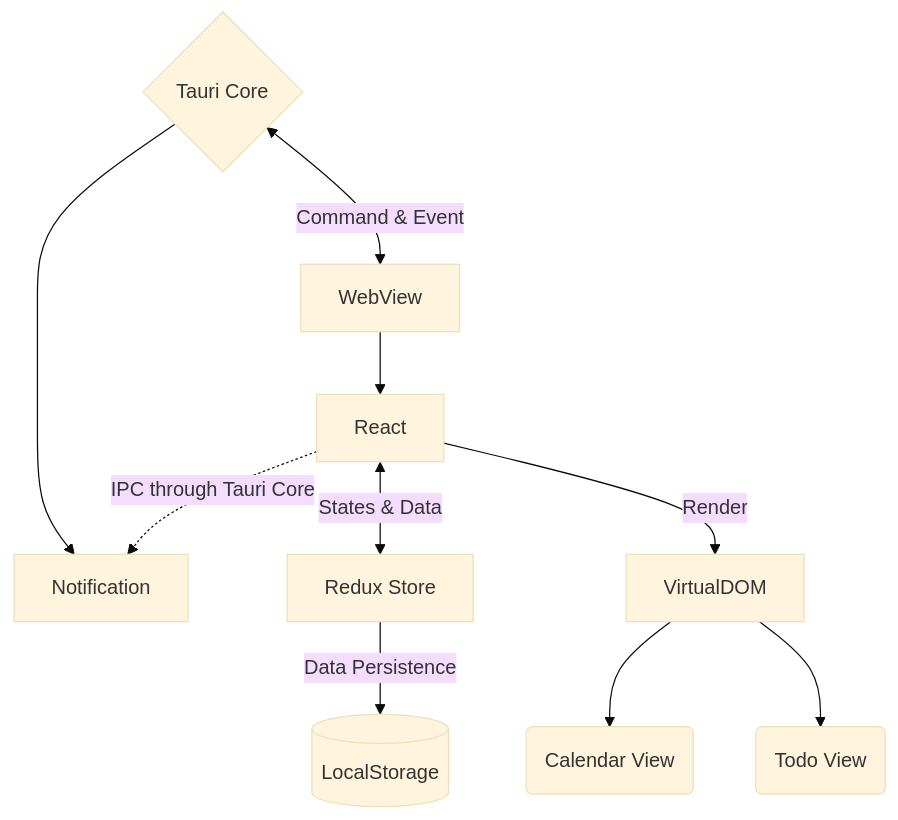
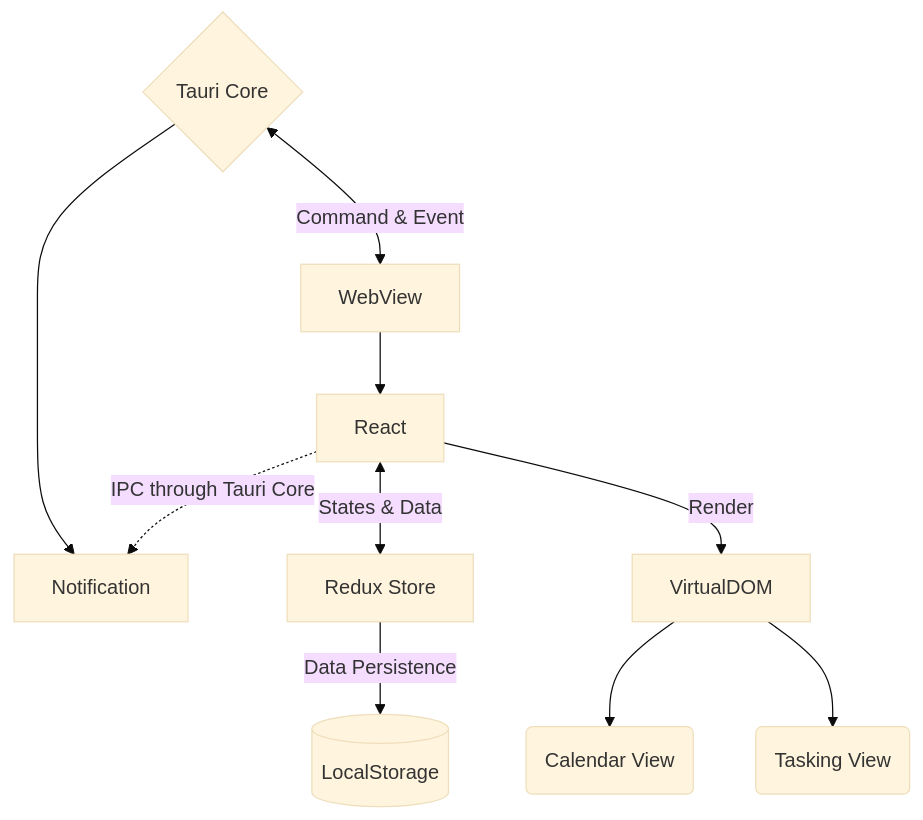
Before and after one commit to jukrb0x/taskhorizon: the diagram in README.md, drawn with Mermaid (base theme). The commit also changed other lines of this file and 2 other files, not shown here.

````diff
--- a/README.md
+++ b/README.md
@@ -24,11 +24,11 @@
 ```mermaid
 graph TB;
     A{Tauri Core} <-- Command & Event --> B[WebView]
     A --> Notification
     B --> React[React] <-- States & Data--> rd_store[Redux Store] -- Data Persistence --> ls[(LocalStorage)]
     React -- Render --> vdom[VirtualDOM]
     vdom --> cv(Calendar View)
-    vdom --> tv(Todo View)
+    vdom --> tv(Tasking View)
     React -. IPC through Tauri Core .-> Notification
 
 ```
````
